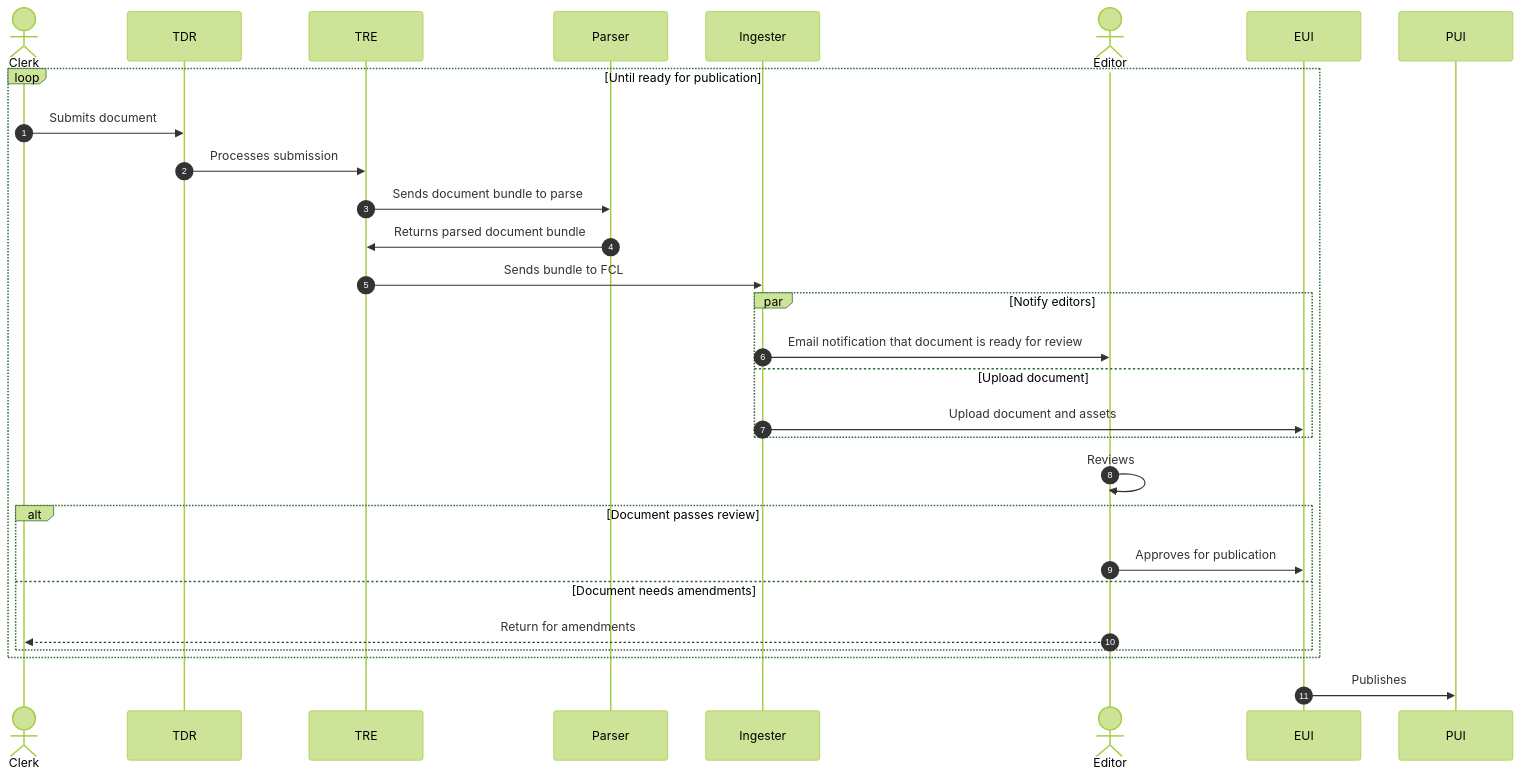
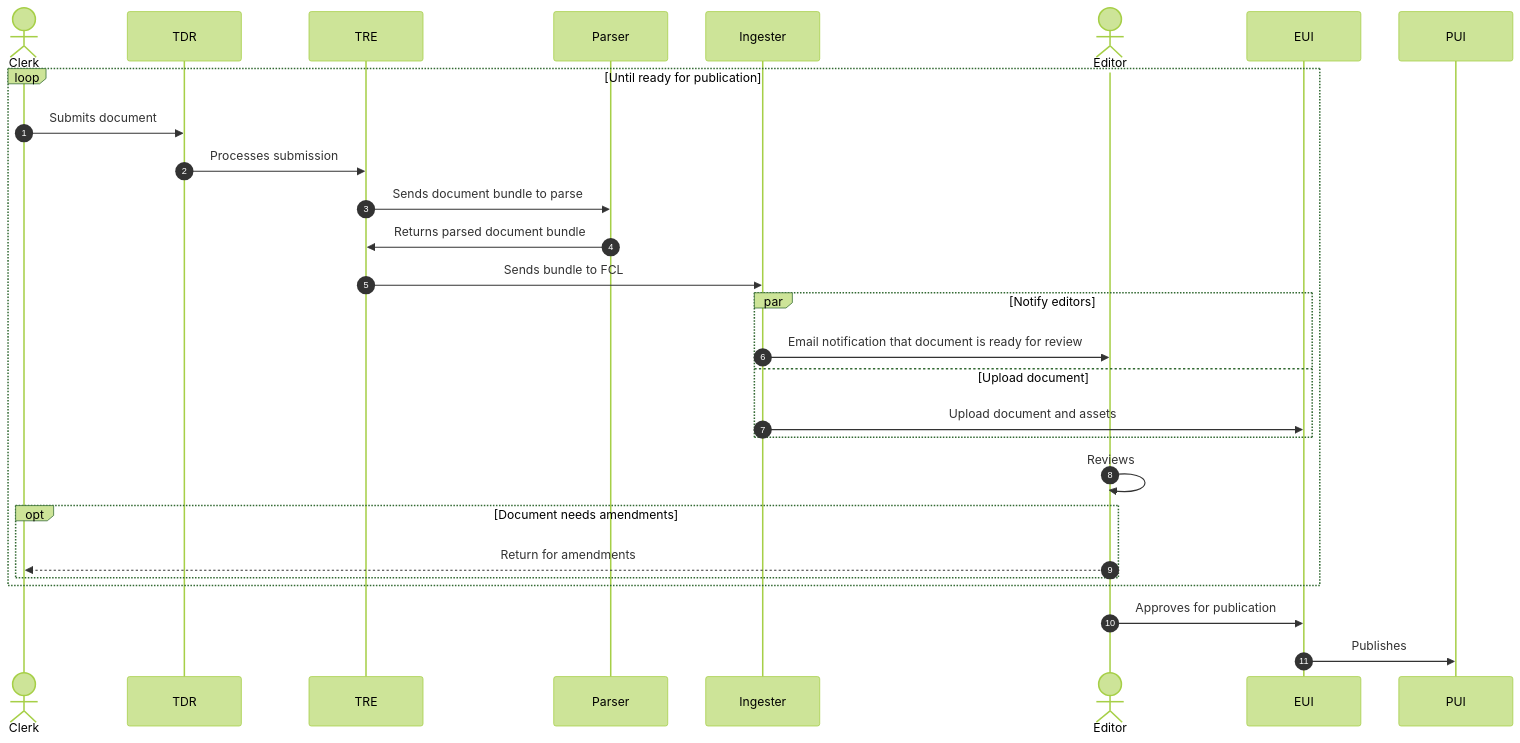
The diagram in doc/workflow/overview.md (nationalarchives/ds-find-caselaw-docs), drawn with Mermaid (forest theme) before and after one commit.

Commit message:
Clarify what is in/out of the amendment loop
Approving for publication doesn't happen in a loop, so move it out and move the return to clerk into an `opt` instead of an `alt`.

````diff
--- a/doc/workflow/overview.md
+++ b/doc/workflow/overview.md
@@ -5,33 +5,32 @@
 ```mermaid
 sequenceDiagram
   autonumber
 
   actor Clerk
   participant TDR
   participant TRE
   participant Parser
   participant Ingester
   actor Editor
   participant EUI
   participant PUI
 
   loop Until ready for publication
     Clerk->>TDR: Submits document
     TDR->>TRE: Processes submission
     TRE->>Parser: Sends document bundle to parse
     Parser->>TRE: Returns parsed document bundle
     TRE->>Ingester: Sends bundle to FCL
     par Notify editors
       Ingester->>Editor: Email notification that document is ready for review
     and Upload document
       Ingester->>EUI: Upload document and assets
     end
     Editor->>Editor: Reviews
-    alt Document passes review
-      Editor->>EUI: Approves for publication
-    else Document needs amendments
+    opt Document needs amendments
       Editor-->>Clerk: Return for amendments
     end
   end
+  Editor->>EUI: Approves for publication
   EUI->>PUI: Publishes
 ```
````
